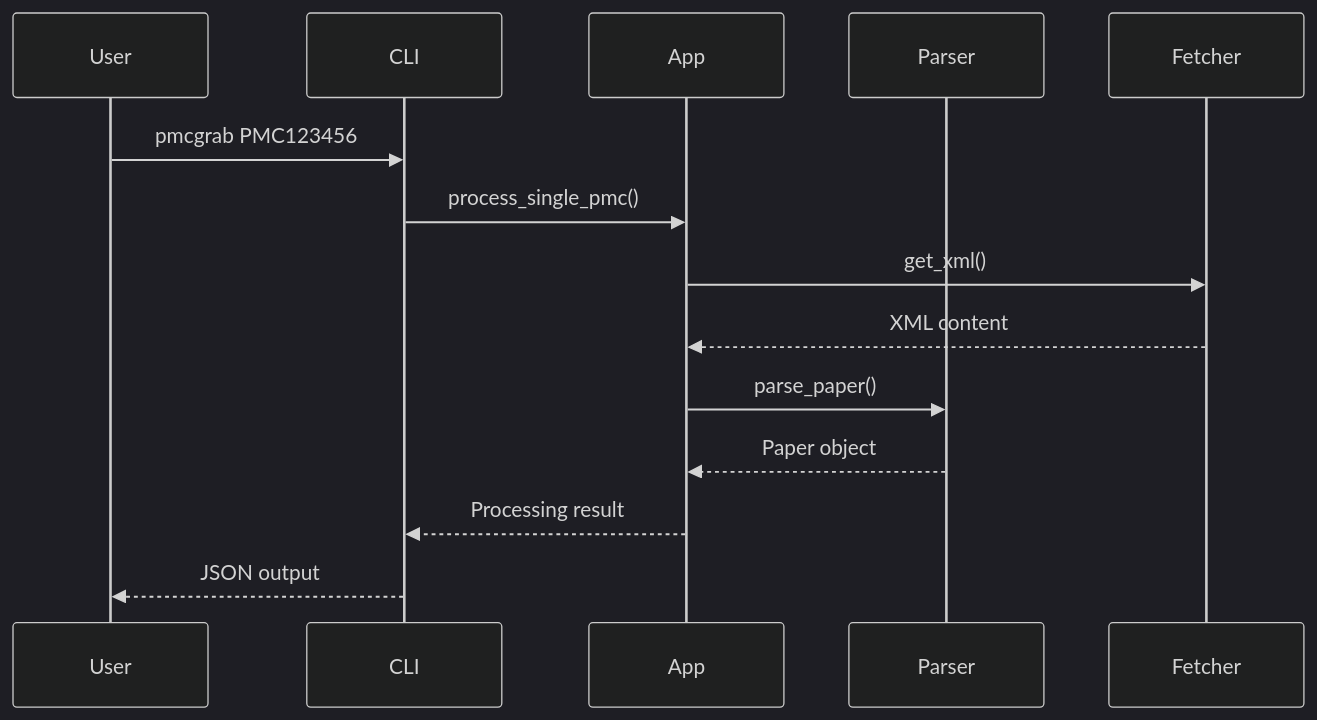
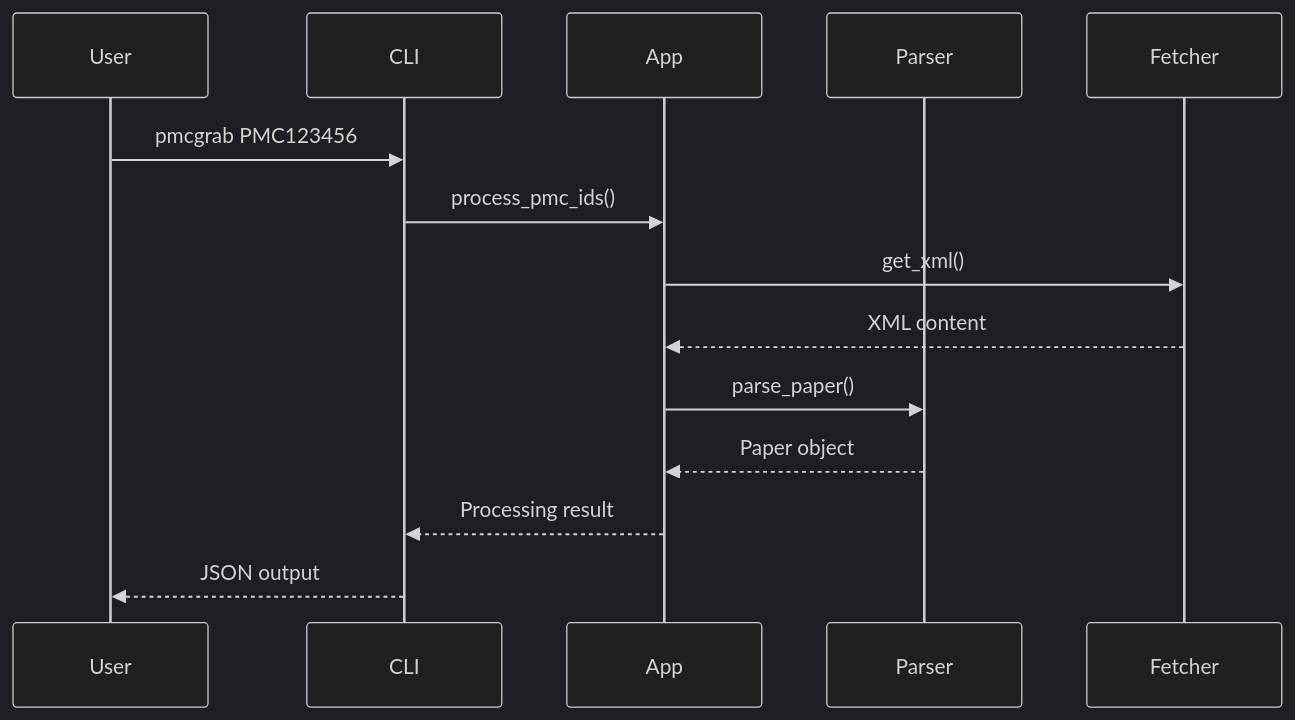
One commit to rajdeepmondaldotcom/pmcgrab changed the second of 2 diagrams in docs/development/architecture.md. Above: the diagram before and after it, drawn with Mermaid (dark theme). The commit also changed 33 other files, not shown here.

````diff
--- a/docs/development/architecture.md
+++ b/docs/development/architecture.md
@@ -84,17 +84,17 @@
 ```mermaid
 sequenceDiagram
     participant User
     participant CLI
     participant App
     participant Parser
     participant Fetcher
 
     User->>CLI: pmcgrab PMC123456
-    CLI->>App: process_single_pmc()
+    CLI->>App: process_pmc_ids()
     App->>Fetcher: get_xml()
     Fetcher-->>App: XML content
     App->>Parser: parse_paper()
     Parser-->>App: Paper object
     App-->>CLI: Processing result
     CLI-->>User: JSON output
 ```
````
